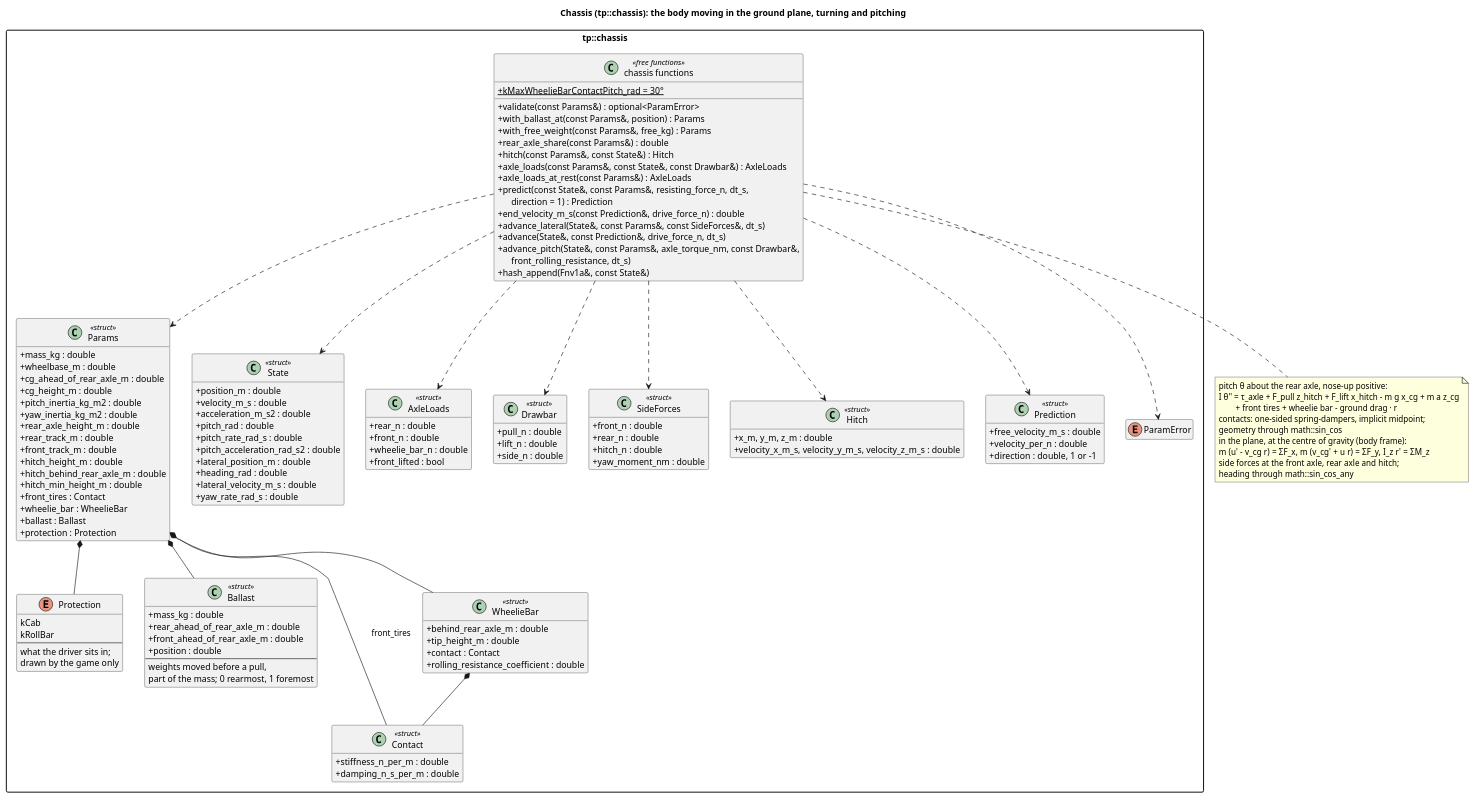
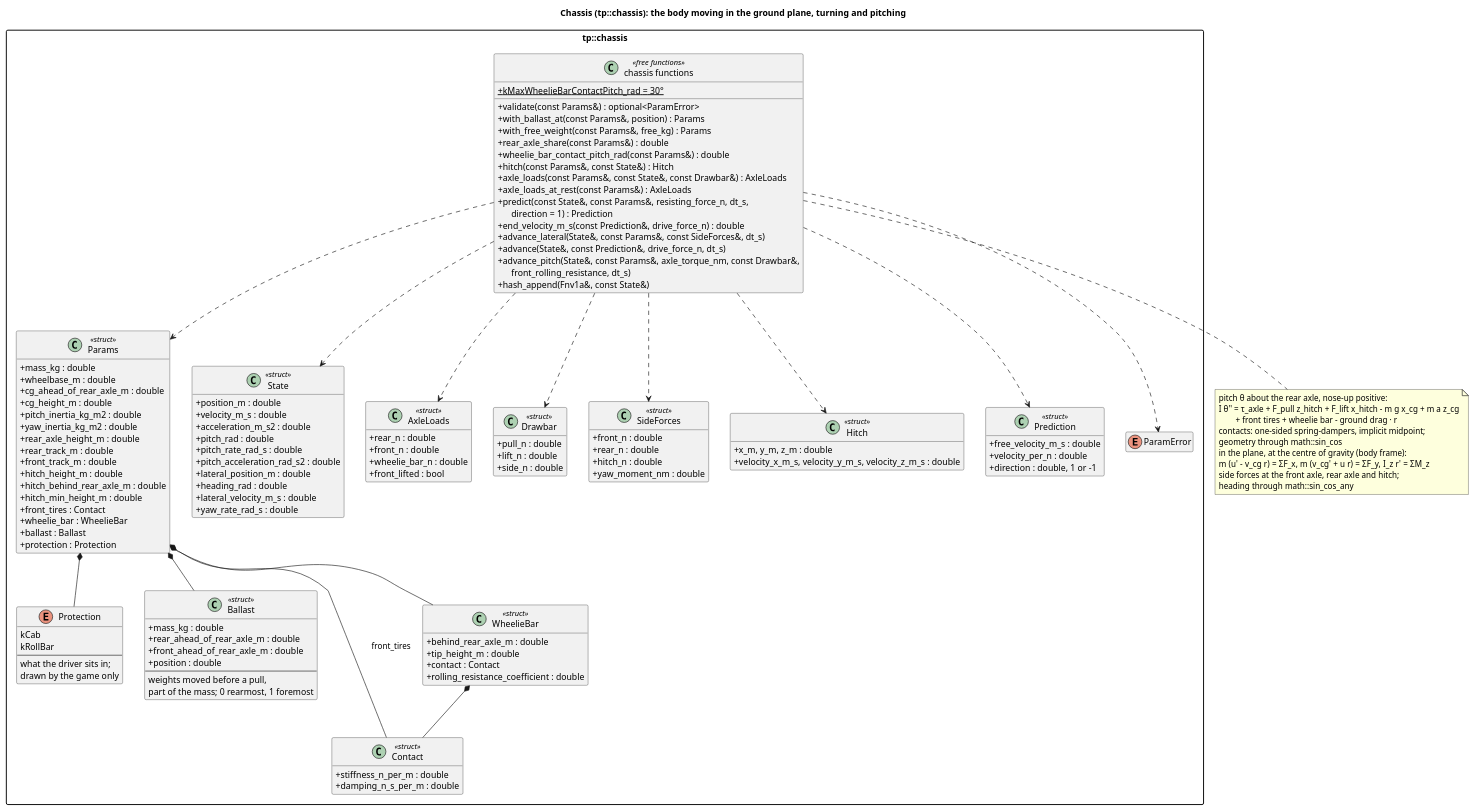
The diagram in docs/diagrams/chassis_classes.puml (wversteeg/TractorPulling), drawn with PlantUML before and after one commit. The commit also changed 10 other files, not shown here.

```diff
--- a/docs/diagrams/chassis_classes.puml
+++ b/docs/diagrams/chassis_classes.puml
@@ -1,132 +1,133 @@
 @startuml chassis_classes
 title Chassis (tp::chassis): the body moving in the ground plane, turning and pitching
 hide empty members
 skinparam packageStyle rectangle
 skinparam classAttributeIconSize 0
 
 package "tp::chassis" {
   class Params <<struct>> {
     +mass_kg : double
     +wheelbase_m : double
     +cg_ahead_of_rear_axle_m : double
     +cg_height_m : double
     +pitch_inertia_kg_m2 : double
     +yaw_inertia_kg_m2 : double
     +rear_axle_height_m : double
     +rear_track_m : double
     +front_track_m : double
     +hitch_height_m : double
     +hitch_behind_rear_axle_m : double
     +hitch_min_height_m : double
     +front_tires : Contact
     +wheelie_bar : WheelieBar
     +ballast : Ballast
     +protection : Protection
   }
   enum Protection {
     kCab
     kRollBar
     --
     what the driver sits in;
     drawn by the game only
   }
   class Ballast <<struct>> {
     +mass_kg : double
     +rear_ahead_of_rear_axle_m : double
     +front_ahead_of_rear_axle_m : double
     +position : double
     --
     weights moved before a pull,
     part of the mass; 0 rearmost, 1 foremost
   }
   class Contact <<struct>> {
     +stiffness_n_per_m : double
     +damping_n_s_per_m : double
   }
   class WheelieBar <<struct>> {
     +behind_rear_axle_m : double
     +tip_height_m : double
     +contact : Contact
     +rolling_resistance_coefficient : double
   }
   class State <<struct>> {
     +position_m : double
     +velocity_m_s : double
     +acceleration_m_s2 : double
     +pitch_rad : double
     +pitch_rate_rad_s : double
     +pitch_acceleration_rad_s2 : double
     +lateral_position_m : double
     +heading_rad : double
     +lateral_velocity_m_s : double
     +yaw_rate_rad_s : double
   }
   class AxleLoads <<struct>> {
     +rear_n : double
     +front_n : double
     +wheelie_bar_n : double
     +front_lifted : bool
   }
   class Drawbar <<struct>> {
     +pull_n : double
     +lift_n : double
     +side_n : double
   }
   class SideForces <<struct>> {
     +front_n : double
     +rear_n : double
     +hitch_n : double
     +yaw_moment_nm : double
   }
   class Hitch <<struct>> {
     +x_m, y_m, z_m : double
     +velocity_x_m_s, velocity_y_m_s, velocity_z_m_s : double
   }
   class Prediction <<struct>> {
     +free_velocity_m_s : double
     +velocity_per_n : double
     +direction : double, 1 or -1
   }
   enum ParamError
   class "chassis functions" as ChassisFns <<free functions>> {
     +{static} kMaxWheelieBarContactPitch_rad = 30°
     +validate(const Params&) : optional<ParamError>
     +with_ballast_at(const Params&, position) : Params
     +with_free_weight(const Params&, free_kg) : Params
     +rear_axle_share(const Params&) : double
+    +wheelie_bar_contact_pitch_rad(const Params&) : double
     +hitch(const Params&, const State&) : Hitch
     +axle_loads(const Params&, const State&, const Drawbar&) : AxleLoads
     +axle_loads_at_rest(const Params&) : AxleLoads
     +predict(const State&, const Params&, resisting_force_n, dt_s,\n      direction = 1) : Prediction
     +end_velocity_m_s(const Prediction&, drive_force_n) : double
     +advance_lateral(State&, const Params&, const SideForces&, dt_s)
     +advance(State&, const Prediction&, drive_force_n, dt_s)
     +advance_pitch(State&, const Params&, axle_torque_nm, const Drawbar&,\n      front_rolling_resistance, dt_s)
     +hash_append(Fnv1a&, const State&)
   }
   Params *-- Contact : front_tires
   Params *-- WheelieBar
   Params *-- Ballast
   Params *-- Protection
   WheelieBar *-- Contact
   ChassisFns ..> Params
   ChassisFns ..> State
   ChassisFns ..> AxleLoads
   ChassisFns ..> Prediction
   ChassisFns ..> Drawbar
   ChassisFns ..> Hitch
   ChassisFns ..> SideForces
   ChassisFns ..> ParamError
 }
 note bottom of ChassisFns
   pitch θ about the rear axle, nose-up positive:
   I θ'' = τ_axle + F_pull z_hitch + F_lift x_hitch - m g x_cg + m a z_cg
           + front tires + wheelie bar - ground drag · r
   contacts: one-sided spring-dampers, implicit midpoint;
   geometry through math::sin_cos
   in the plane, at the centre of gravity (body frame):
   m (u' - v_cg r) = ΣF_x,  m (v_cg' + u r) = ΣF_y,  I_z r' = ΣM_z
   side forces at the front axle, rear axle and hitch;
   heading through math::sin_cos_any
 end note
 @enduml
```
